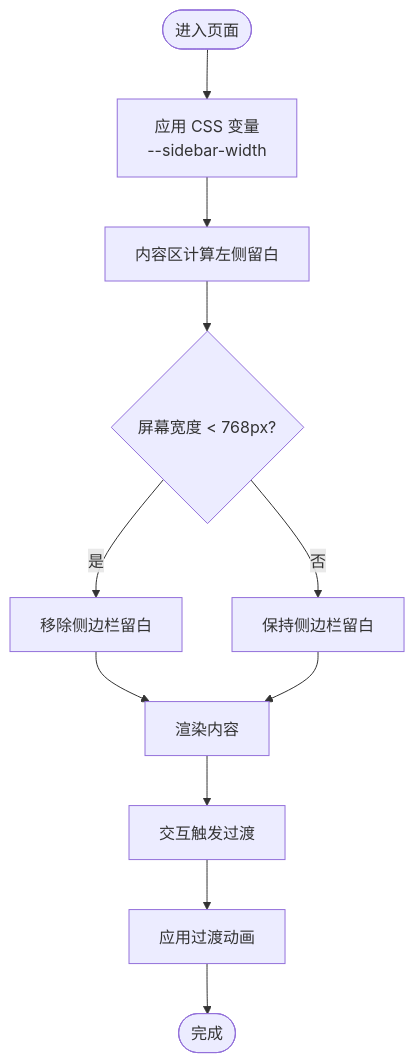
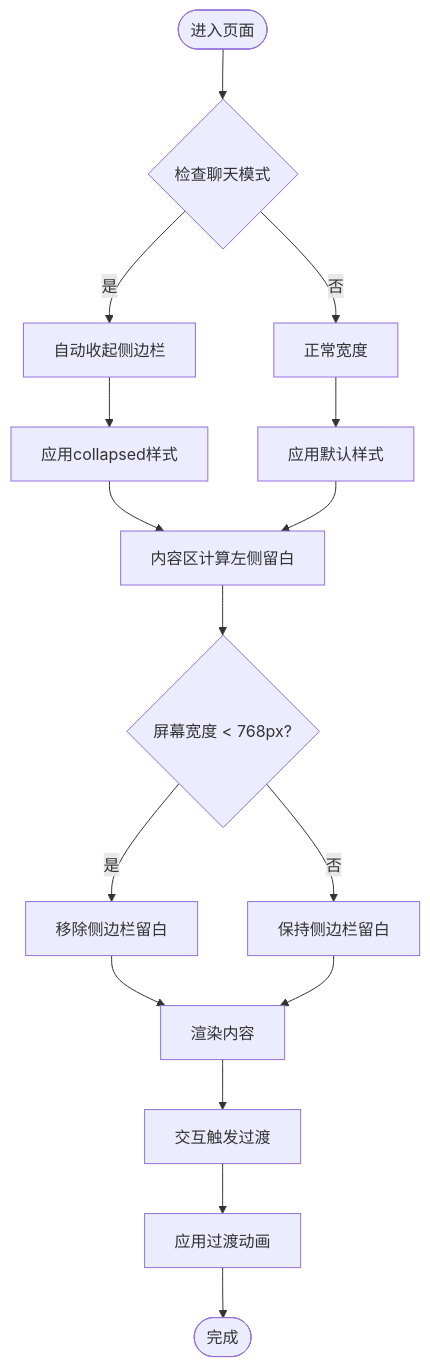
The fifth of 8 diagrams in .qoder/repowiki/zh/content/前端用户界面/Sidebar 侧边栏组件.md (zhangdahai112/LocalManus), drawn with Mermaid before and after one commit. The commit also changed other lines of this file and 4 other files, not shown here.

````diff
--- a/.qoder/repowiki/zh/content/前端用户界面/Sidebar 侧边栏组件.md
+++ b/.qoder/repowiki/zh/content/前端用户界面/Sidebar 侧边栏组件.md
@@ -142,13 +208,18 @@
 ```mermaid
 flowchart TD
-Enter(["进入页面"]) --> ApplyVars["应用 CSS 变量<br/>--sidebar-width"]
-ApplyVars --> ContentMargin["内容区计算左侧留白"]
+Enter(["进入页面"]) --> CheckChatMode{"检查聊天模式"}
+CheckChatMode --> |是| CollapseSidebar["自动收起侧边栏"]
+CheckChatMode --> |否| NormalWidth["正常宽度"]
+CollapseSidebar --> ApplyCollapsed["应用collapsed样式"]
+NormalWidth --> ApplyNormal["应用默认样式"]
+ApplyCollapsed --> ContentMargin["内容区计算左侧留白"]
+ApplyNormal --> ContentMargin
 ContentMargin --> MediaQuery{"屏幕宽度 < 768px?"}
 MediaQuery --> |是| RemoveSidebarSpace["移除侧边栏留白"]
 MediaQuery --> |否| KeepSidebarSpace["保持侧边栏留白"]
 RemoveSidebarSpace --> Render["渲染内容"]
 KeepSidebarSpace --> Render
 Render --> Interact["交互触发过渡"]
 Interact --> Animate["应用过渡动画"]
 Animate --> End(["完成"])
 ```
````
